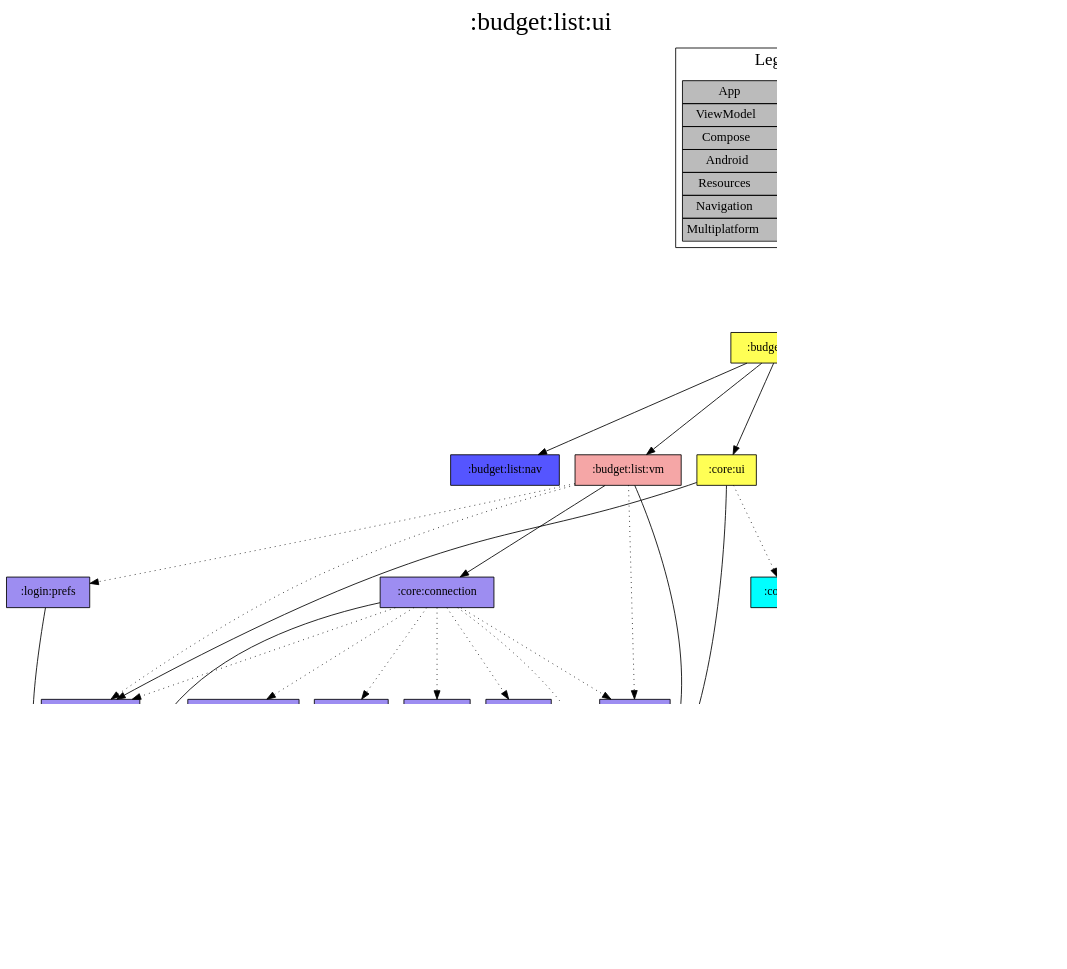
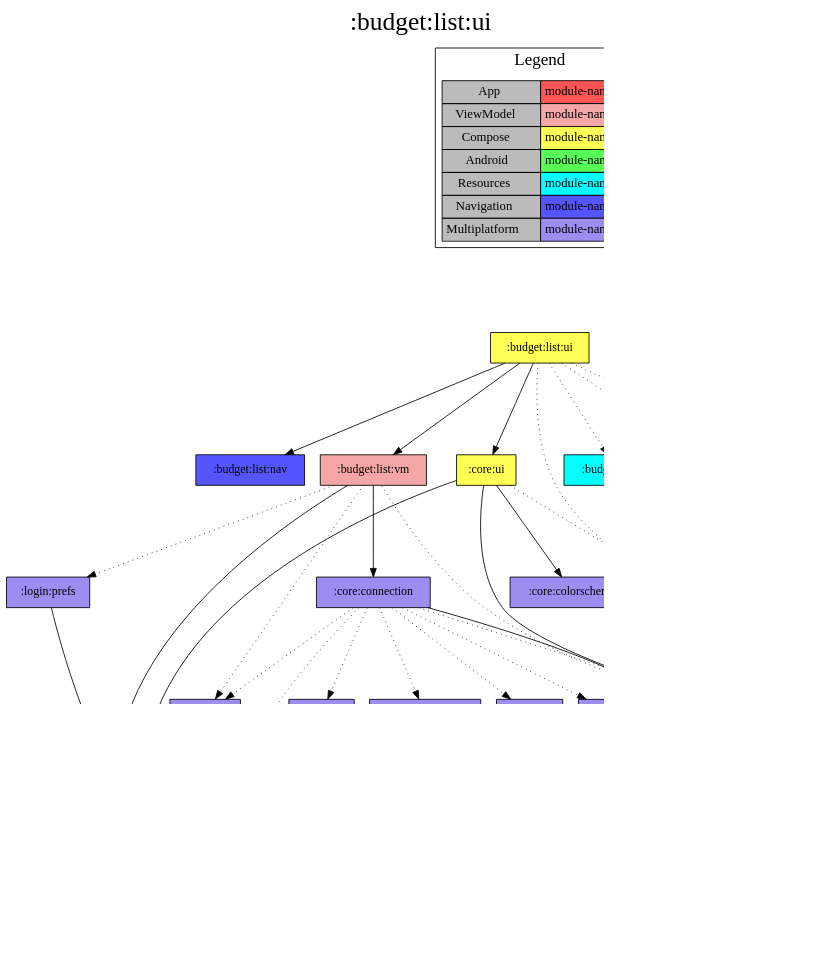
Before and after one commit to jonapoul/aktual: the diagram in modules/budget/list/ui/project-dependency-graph.dot, drawn with Graphviz. The commit also changed 36 other files, not shown here.

```diff
--- a/modules/budget/list/ui/project-dependency-graph.dot
+++ b/modules/budget/list/ui/project-dependency-graph.dot
@@ -1,73 +1,75 @@
 digraph {
 edge ["dir"="forward"]
 graph ["dpi"="100","label"=":budget:list:ui","labelloc"="t","fontsize"="30","ranksep"="1.5","rankdir"="TB"]
 node ["style"="filled"]
 ":budget:list:ui" ["fillcolor"="#FFFF55","shape"="box"]
 ":budget:list:nav" ["fillcolor"="#5555FF","shape"="box"]
 ":budget:list:vm" ["fillcolor"="#F5A6A6","shape"="box"]
 ":core:connection" ["fillcolor"="#9D8DF1","shape"="box"]
 ":core:buildconfig" ["fillcolor"="#9D8DF1","shape"="box"]
 ":api:client" ["fillcolor"="#9D8DF1","shape"="box"]
 ":api:model" ["fillcolor"="#9D8DF1","shape"="box"]
 ":login:model" ["fillcolor"="#9D8DF1","shape"="box"]
 ":url:model" ["fillcolor"="#9D8DF1","shape"="box"]
 ":api:json" ["fillcolor"="#9D8DF1","shape"="box"]
 ":core:coroutines" ["fillcolor"="#9D8DF1","shape"="box"]
 ":core:log" ["fillcolor"="#9D8DF1","shape"="box"]
 ":core:versions" ["fillcolor"="#9D8DF1","shape"="box"]
 ":url:prefs" ["fillcolor"="#9D8DF1","shape"="box"]
 ":login:prefs" ["fillcolor"="#9D8DF1","shape"="box"]
 ":core:ui" ["fillcolor"="#FFFF55","shape"="box"]
+":core:colorscheme" ["fillcolor"="#9D8DF1","shape"="box"]
 ":core:res" ["fillcolor"="#00FFFF","shape"="box"]
 ":budget:list:res" ["fillcolor"="#00FFFF","shape"="box"]
 ":login:nav" ["fillcolor"="#5555FF","shape"="box"]
 ":url:nav" ["fillcolor"="#5555FF","shape"="box"]
 {
 edge ["dir"="none"]
 graph ["rank"="same"]
 }
 ":budget:list:ui" -> ":budget:list:nav"
 ":budget:list:ui" -> ":budget:list:vm"
 ":budget:list:ui" -> ":core:ui"
 ":budget:list:ui" -> ":budget:list:res" ["style"="dotted"]
 ":budget:list:ui" -> ":core:res" ["style"="dotted"]
 ":budget:list:ui" -> ":login:nav" ["style"="dotted"]
 ":budget:list:ui" -> ":url:nav" ["style"="dotted"]
 ":budget:list:vm" -> ":core:connection"
 ":budget:list:vm" -> ":url:model"
 ":budget:list:vm" -> ":core:versions" ["style"="dotted"]
 ":budget:list:vm" -> ":login:prefs" ["style"="dotted"]
 ":budget:list:vm" -> ":url:prefs" ["style"="dotted"]
 ":core:connection" -> ":core:buildconfig"
 ":core:connection" -> ":api:client" ["style"="dotted"]
 ":core:connection" -> ":api:json" ["style"="dotted"]
 ":core:connection" -> ":core:coroutines" ["style"="dotted"]
 ":core:connection" -> ":core:log" ["style"="dotted"]
 ":core:connection" -> ":core:versions" ["style"="dotted"]
 ":core:connection" -> ":url:model" ["style"="dotted"]
 ":core:connection" -> ":url:prefs" ["style"="dotted"]
 ":api:client" -> ":api:model"
 ":api:client" -> ":url:model"
 ":api:model" -> ":login:model"
 ":core:versions" -> ":core:buildconfig"
 ":url:prefs" -> ":url:model"
 ":login:prefs" -> ":login:model"
+":core:ui" -> ":core:colorscheme"
 ":core:ui" -> ":core:versions"
 ":core:ui" -> ":url:model"
 ":core:ui" -> ":core:res" ["style"="dotted"]
 subgraph "cluster_legend" {
 edge ["dir"="none"]
 graph ["label"="Legend","fontsize"="20"]
 "Legend" ["style"="filled","fillcolor"="#bbbbbb","shape"="none","margin"="0","fontsize"="15","label"=<
 <TABLE BORDER="0" CELLBORDER="1" CELLSPACING="0" CELLPADDING="4">
 <TR><TD>App</TD><TD BGCOLOR="#FF5555">module-name</TD></TR>
 <TR><TD>ViewModel</TD><TD BGCOLOR="#F5A6A6">module-name</TD></TR>
 <TR><TD>Compose</TD><TD BGCOLOR="#FFFF55">module-name</TD></TR>
 <TR><TD>Android</TD><TD BGCOLOR="#55FF55">module-name</TD></TR>
 <TR><TD>Resources</TD><TD BGCOLOR="#00FFFF">module-name</TD></TR>
 <TR><TD>Navigation</TD><TD BGCOLOR="#5555FF">module-name</TD></TR>
 <TR><TD>Multiplatform</TD><TD BGCOLOR="#9D8DF1">module-name</TD></TR>
 </TABLE>
 >]
 } -> ":budget:list:ui" ["style"="invis"]
 }
```
